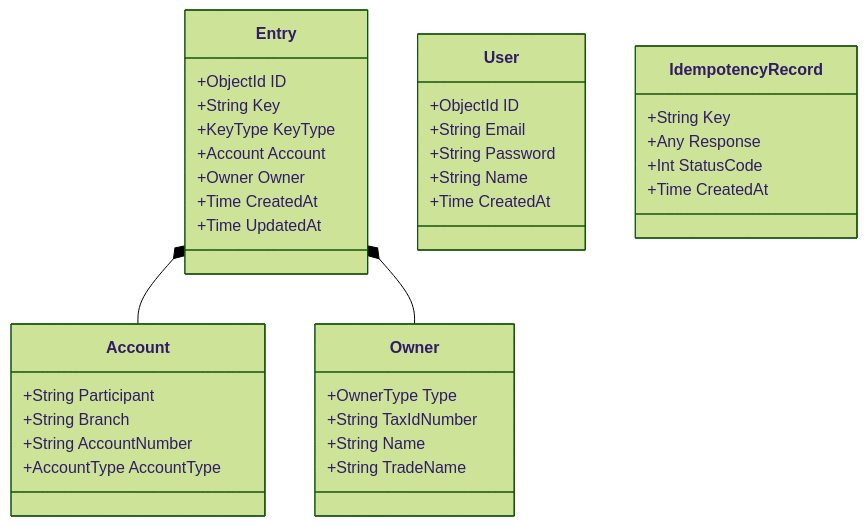
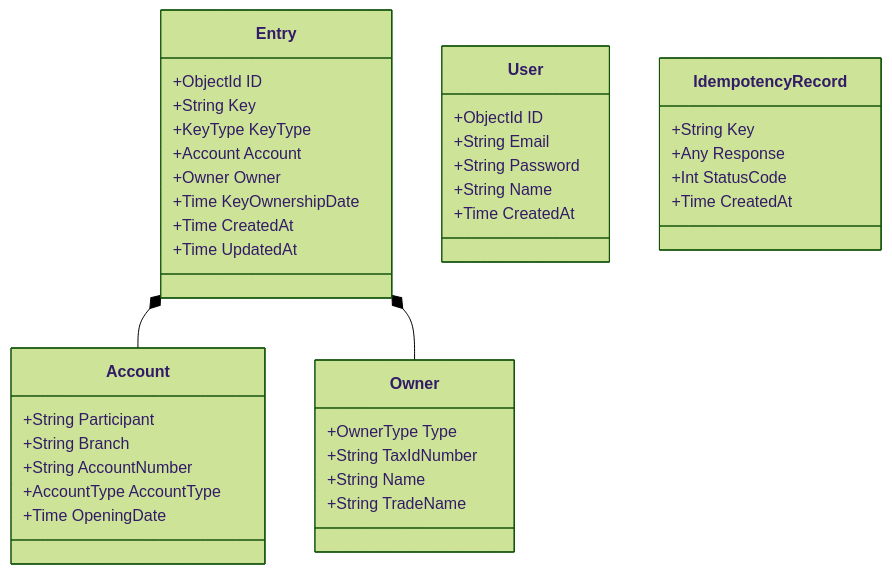
Before and after one commit to IgorGrieder/DICT-PIX-Simulator: the first of 2 diagrams in README.md, drawn with Mermaid (forest theme). The commit also changed other lines of this file, not shown here.

````diff
--- a/README.md
+++ b/README.md
@@ -178,40 +234,42 @@
 ```mermaid
 classDiagram
     class Entry {
         +ObjectId ID
         +String Key
         +KeyType KeyType
         +Account Account
         +Owner Owner
+        +Time KeyOwnershipDate
         +Time CreatedAt
         +Time UpdatedAt
     }
     class Account {
         +String Participant
         +String Branch
         +String AccountNumber
         +AccountType AccountType
+        +Time OpeningDate
     }
     class Owner {
         +OwnerType Type
         +String TaxIdNumber
         +String Name
         +String TradeName
     }
     class User {
         +ObjectId ID
         +String Email
         +String Password
         +String Name
         +Time CreatedAt
     }
     class IdempotencyRecord {
         +String Key
         +Any Response
         +Int StatusCode
         +Time CreatedAt
     }
 
     Entry *-- Account
     Entry *-- Owner
 ```
````
